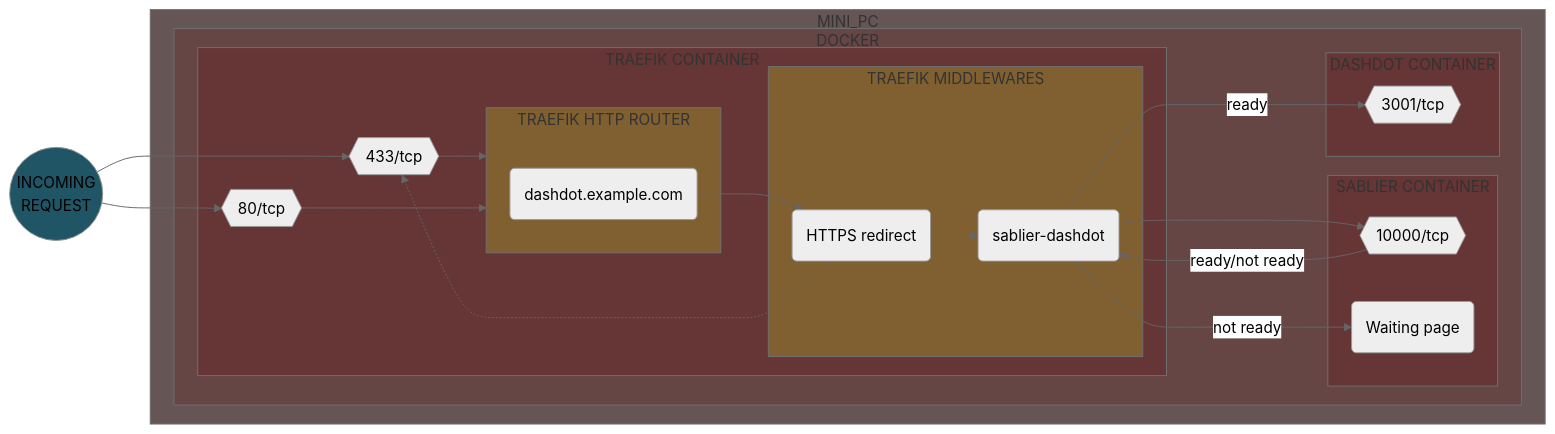
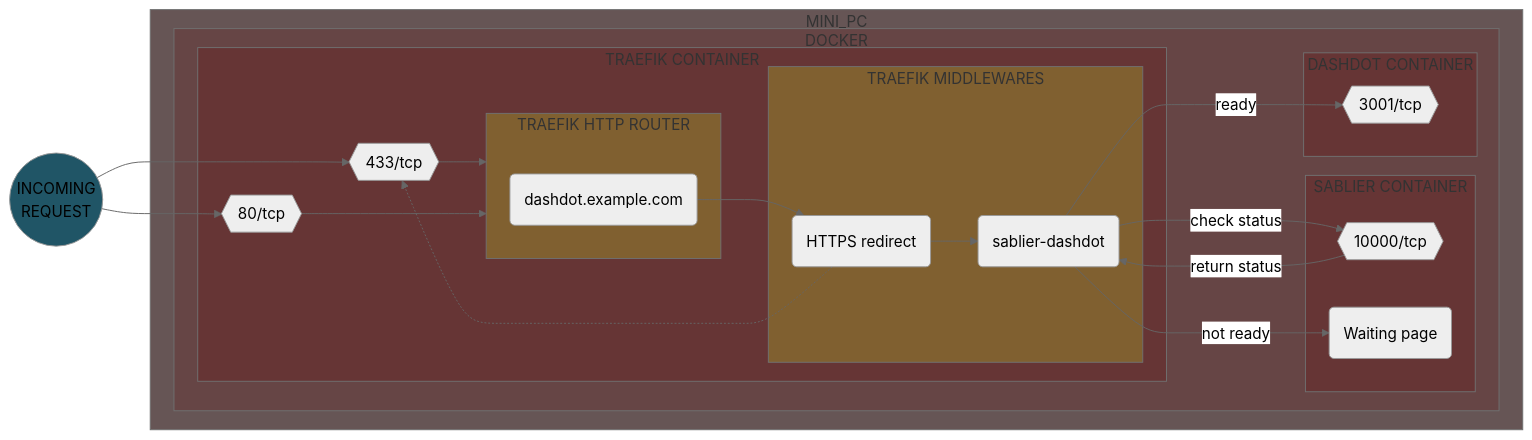
One commit to Yann39/self-hosted changed diagram 19 of 19 in README.md. Above: the diagram before and after it, drawn with Mermaid (neutral theme). The commit also changed other lines of this file and 2 other files, not shown here.

Commit message:
updated main network architecture diagram to integrate Sablier + improved volume backup documentation

````diff
--- a/README.md
+++ b/README.md
@@ -4258,58 +4283,58 @@
 ```mermaid
 flowchart LR
     style INCOMING_REQUEST fill: #205566
     style TRAEFIK_CONTAINER fill: #663535
     style SABLIER_CONTAINER fill: #663535
     style DASHDOT_CONTAINER fill: #663535
     style TRAEFIK_ROUTER fill: #806030
     style TRAEFIK_MIDDLEWARE fill: #806030
     style SERVER_DEVICE fill: #665555
     style CONTAINER_ENGINE fill: #664545
     DOCKER_TRAEFIK_PORT443{{433/tcp}}
     DOCKER_TRAEFIK_PORT80{{80/tcp}}
     DOCKER_SABLIER_PORT{{10000/tcp}}
     DOCKER_DASHDOT_PORT{{3001/tcp}}
     WAITING_PAGE(Waiting page)
     TRAEFIK_ROUTER_APP(dashdot.example.com)
     TRAEFIK_MIDDLEWARE_REDIRECT(HTTPS redirect)
     TRAEFIK_MIDDLEWARE_DASHDOT(sablier-dashdot)
     INCOMING_REQUEST((INCOMING\nREQUEST))
     INCOMING_REQUEST --> DOCKER_TRAEFIK_PORT443
     INCOMING_REQUEST --> DOCKER_TRAEFIK_PORT80
 
     subgraph SERVER_DEVICE[MINI_PC]
         subgraph CONTAINER_ENGINE[DOCKER]
             subgraph SABLIER_CONTAINER[SABLIER CONTAINER]
                 DOCKER_SABLIER_PORT
                 WAITING_PAGE
             end
 
             subgraph DASHDOT_CONTAINER[DASHDOT CONTAINER]
                 DOCKER_DASHDOT_PORT
             end
 
             subgraph TRAEFIK_CONTAINER[TRAEFIK CONTAINER]
                 DOCKER_TRAEFIK_PORT443 --> TRAEFIK_ROUTER
                 DOCKER_TRAEFIK_PORT80 ---> TRAEFIK_ROUTER
 
                 subgraph TRAEFIK_ROUTER[TRAEFIK HTTP ROUTER]
                     TRAEFIK_ROUTER_APP
                 end
 
                 subgraph TRAEFIK_MIDDLEWARE[TRAEFIK MIDDLEWARES]
                     TRAEFIK_MIDDLEWARE_REDIRECT
                     TRAEFIK_MIDDLEWARE_DASHDOT
                 end
 
                 TRAEFIK_MIDDLEWARE_REDIRECT --> TRAEFIK_MIDDLEWARE_DASHDOT
                 TRAEFIK_MIDDLEWARE_REDIRECT -.-> DOCKER_TRAEFIK_PORT443
                 TRAEFIK_ROUTER_APP --> TRAEFIK_MIDDLEWARE_REDIRECT
-                TRAEFIK_MIDDLEWARE_DASHDOT --> DOCKER_SABLIER_PORT
-                DOCKER_SABLIER_PORT -->|ready/not ready| TRAEFIK_MIDDLEWARE_DASHDOT
+                TRAEFIK_MIDDLEWARE_DASHDOT -->|check status| DOCKER_SABLIER_PORT
+                DOCKER_SABLIER_PORT -->|return status| TRAEFIK_MIDDLEWARE_DASHDOT
                 TRAEFIK_MIDDLEWARE_DASHDOT -->|ready| DOCKER_DASHDOT_PORT
                 TRAEFIK_MIDDLEWARE_DASHDOT -->|not ready| WAITING_PAGE
             end
 
         end
     end
 ```
````
